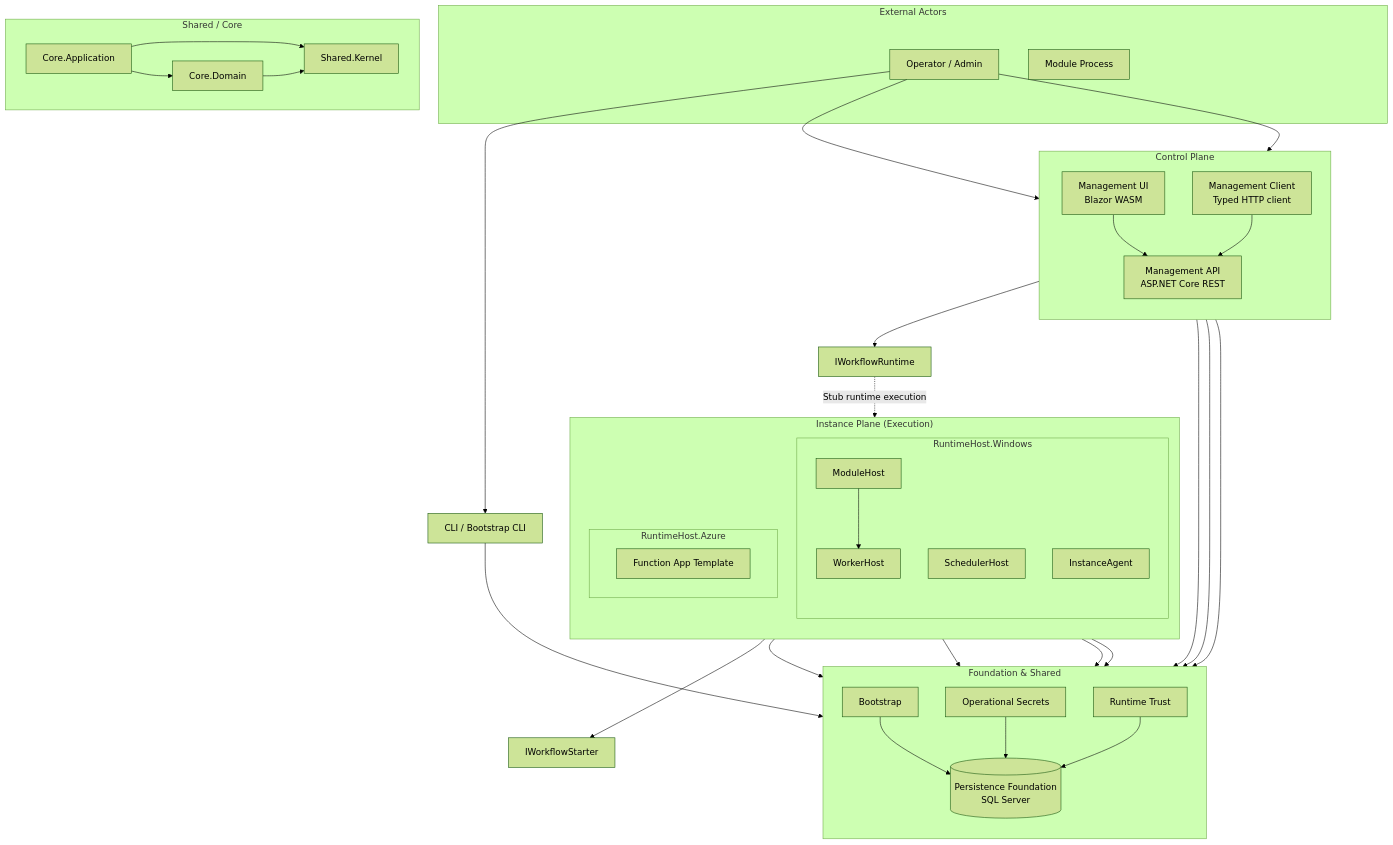
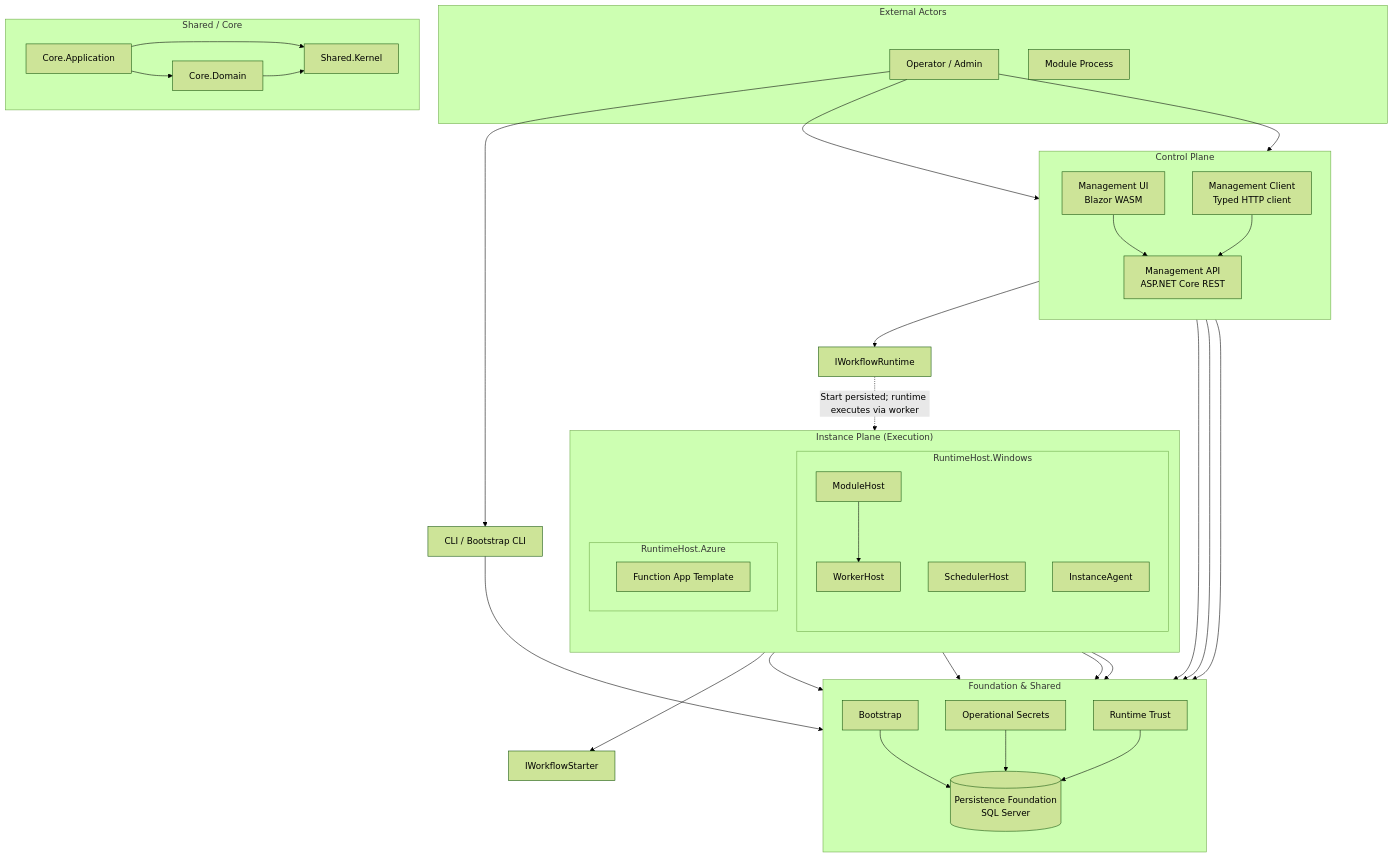
Before and after one commit to Intechral-Solutions/Apperture-Core: the first of 8 diagrams in docs/01-architecture/current-architecture-tracking.md, drawn with Mermaid (forest theme). The commit also changed other lines of this file and 14 other files, not shown here.

First line of the commit message:
Epic 7 Prompt 2: consume persisted workflow start requests

````diff
--- a/docs/01-architecture/current-architecture-tracking.md
+++ b/docs/01-architecture/current-architecture-tracking.md
@@ -9,70 +9,70 @@
 ```mermaid
 flowchart TB
     subgraph External["External Actors"]
         Operator[Operator / Admin]
         Module[Module Process]
     end
 
     subgraph ControlPlane["Control Plane"]
         direction TB
         UI[Management UI<br/>Blazor WASM]
         API[Management API<br/>ASP.NET Core REST]
         Client[Management Client<br/>Typed HTTP client]
         UI --> API
         Client --> API
     end
 
     subgraph InstancePlane["Instance Plane (Execution)"]
         direction TB
         subgraph WindowsHost["RuntimeHost.Windows"]
             WorkerHost[WorkerHost]
             ModuleHost[ModuleHost]
             SchedulerHost[SchedulerHost]
             InstanceAgent[InstanceAgent]
         end
         subgraph AzureHost["RuntimeHost.Azure"]
             FuncApp[Function App Template]
         end
     end
 
     subgraph Foundation["Foundation & Shared"]
         direction TB
         Bootstrap[Bootstrap]
         Persistence[(Persistence Foundation<br/>SQL Server)]
         Secrets[Operational Secrets]
         RuntimeTrust[Runtime Trust]
     end
 
     subgraph Shared["Shared / Core"]
         Kernel[Shared.Kernel]
         Domain[Core.Domain]
         Application[Core.Application]
     end
 
     Operator --> UI
     Operator --> CLI
     CLI[CLI / Bootstrap CLI] --> Bootstrap
     Operator --> Client
 
     API --> IWorkflowRuntime
     API --> Persistence
     API --> Secrets
     API --> RuntimeTrust
 
-    IWorkflowRuntime[IWorkflowRuntime] -.->|Stub runtime execution| InstancePlane
+    IWorkflowRuntime[IWorkflowRuntime] -.->|Start persisted; runtime executes via worker| InstancePlane
 
     WorkerHost --> Persistence
     WorkerHost --> Secrets
     WorkerHost --> Bootstrap
     ModuleHost --> WorkerHost
     SchedulerHost --> IWorkflowStarter
     InstanceAgent --> Persistence
 
     Bootstrap --> Persistence
     Secrets --> Persistence
     RuntimeTrust --> Persistence
 
     Application --> Domain
     Application --> Kernel
     Domain --> Kernel
 ```
````
